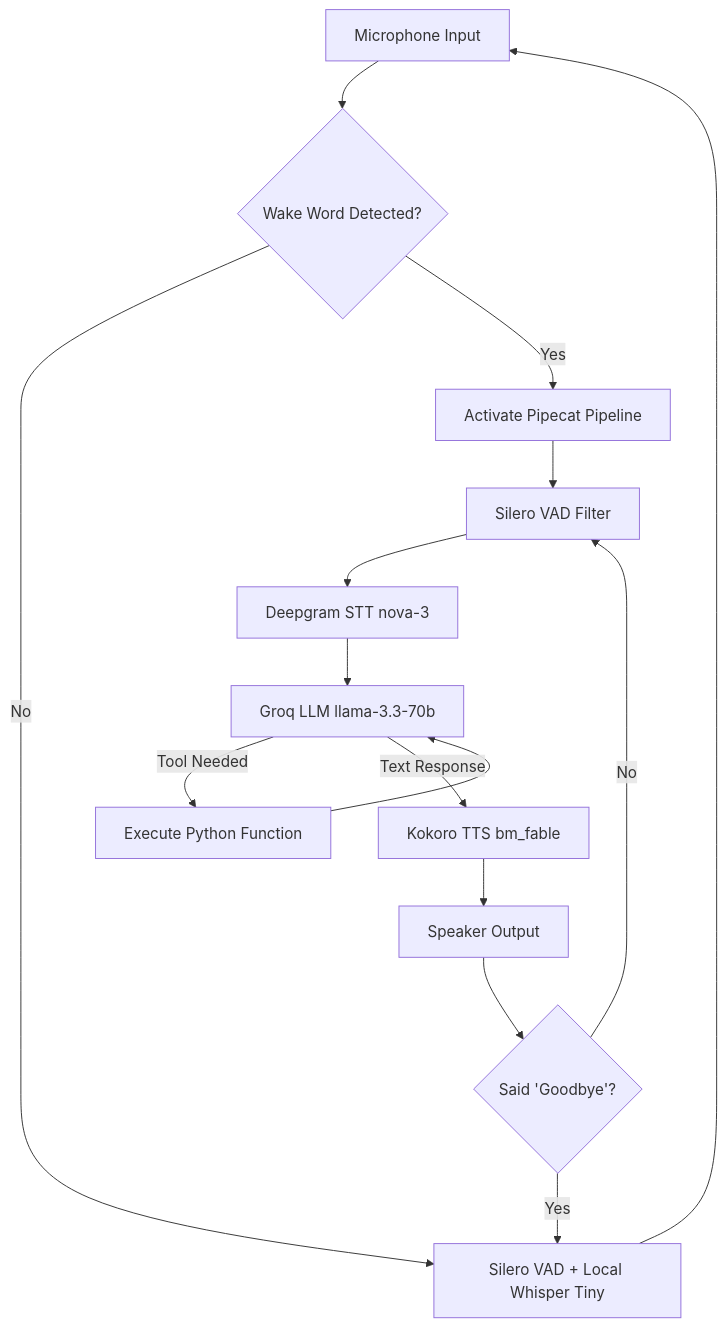
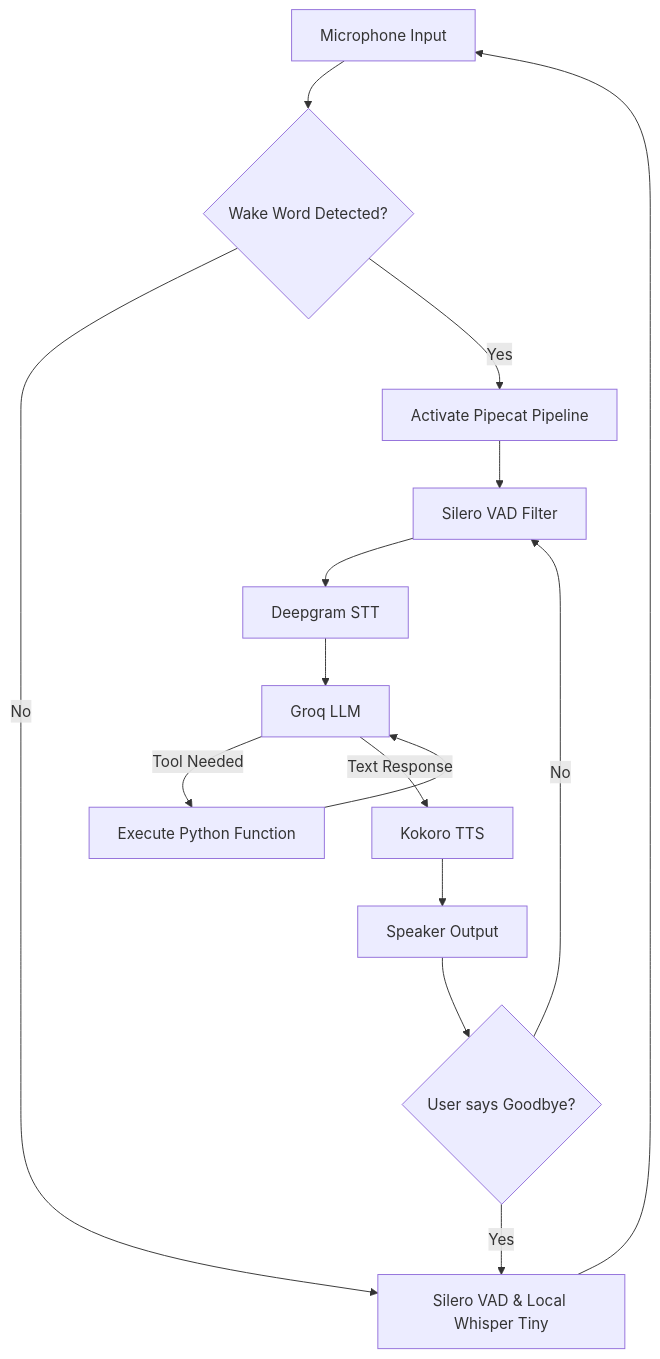
Before and after one commit to vineetrawat1710/JARVIS-Pipecat-Agent-: the diagram in README.md, drawn with Mermaid.

Commit message:
Fix mermaid diagram formatting

````diff
--- a/README.md
+++ b/README.md
@@ -74,21 +74,21 @@
 ```mermaid
 graph TD
     A[Microphone Input] --> B{Wake Word Detected?}
-    B -- No --> C[Silero VAD + Local Whisper Tiny]
+    B -->|No| C[Silero VAD & Local Whisper Tiny]
     C --> A
-    B -- Yes --> D[Activate Pipecat Pipeline]
+    B -->|Yes| D[Activate Pipecat Pipeline]
     
     D --> E[Silero VAD Filter]
-    E --> F[Deepgram STT nova-3]
-    F --> G[Groq LLM llama-3.3-70b]
+    E --> F[Deepgram STT]
+    F --> G[Groq LLM]
     
-    G -- "Tool Needed" --> H[Execute Python Function]
+    G -->|Tool Needed| H[Execute Python Function]
     H --> G
     
-    G -- "Text Response" --> I[Kokoro TTS bm_fable]
+    G -->|Text Response| I[Kokoro TTS]
     I --> J[Speaker Output]
     
-    J --> K{Said 'Goodbye'?}
-    K -- Yes --> C
-    K -- No --> E
+    J --> K{User says Goodbye?}
+    K -->|Yes| C
+    K -->|No| E
 ```
````
